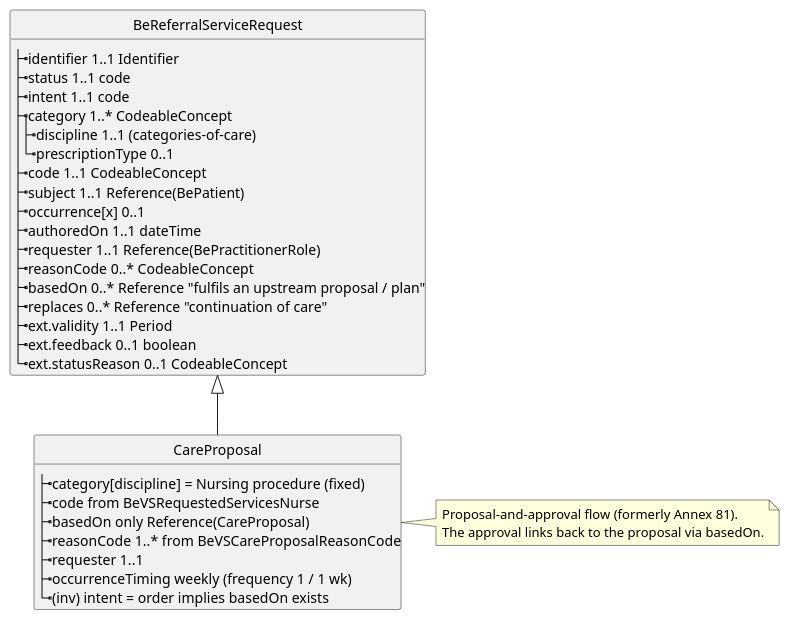
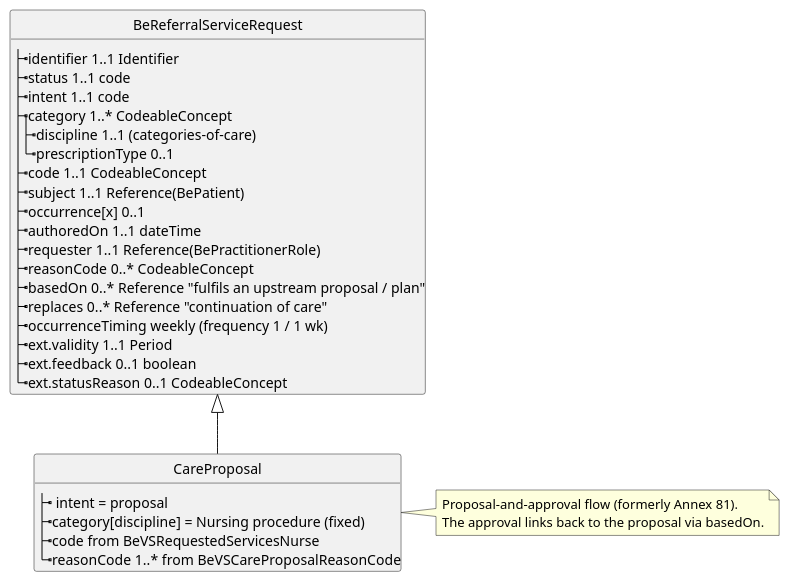
Before and after one commit to hl7-be/referral: the diagram in input/images-source/care-proposal.plantuml, drawn with PlantUML. The commit also changed 5 other files, not shown here.

First line of the commit message:
Add Data Models page with the model-hierarchy diagram

```diff
--- a/input/images-source/care-proposal.plantuml
+++ b/input/images-source/care-proposal.plantuml
@@ -1,41 +1,41 @@
 @startuml care-proposal
 hide circle
 
 class BeReferralServiceRequest [[StructureDefinition-be-referral-servicerequest.html]] {
   |_identifier 1..1 Identifier
   |_status 1..1 code
   |_intent 1..1 code
   |_category 1..* CodeableConcept
     |_discipline 1..1 (categories-of-care)
     |_prescriptionType 0..1
   |_code 1..1 CodeableConcept
   |_subject 1..1 Reference(BePatient)
   |_occurrence[x] 0..1
   |_authoredOn 1..1 dateTime
   |_requester 1..1 Reference(BePractitionerRole)
   |_reasonCode 0..* CodeableConcept
   |_basedOn 0..* Reference "fulfils an upstream proposal / plan"
   |_replaces 0..* Reference "continuation of care"
+  |_occurrenceTiming weekly (frequency 1 / 1 wk)
   |_ext.validity 1..1 Period
   |_ext.feedback 0..1 boolean
   |_ext.statusReason 0..1 CodeableConcept
 }
 
 class CareProposal [[StructureDefinition-care-proposal.html]] {
+  |_ intent = proposal
   |_category[discipline] = Nursing procedure (fixed)
   |_code from BeVSRequestedServicesNurse
-  |_basedOn only Reference(CareProposal)
   |_reasonCode 1..* from BeVSCareProposalReasonCode
-  |_requester 1..1
-  |_occurrenceTiming weekly (frequency 1 / 1 wk)
-  |_(inv) intent = order implies basedOn exists
+'  |_basedOn only Reference(CareProposal)
+'  |_requester 1..1
 }
 
 BeReferralServiceRequest <|-- CareProposal
 
 note right of CareProposal
   Proposal-and-approval flow (formerly Annex 81).
   The approval links back to the proposal via basedOn.
 end note
 
 @enduml
```
